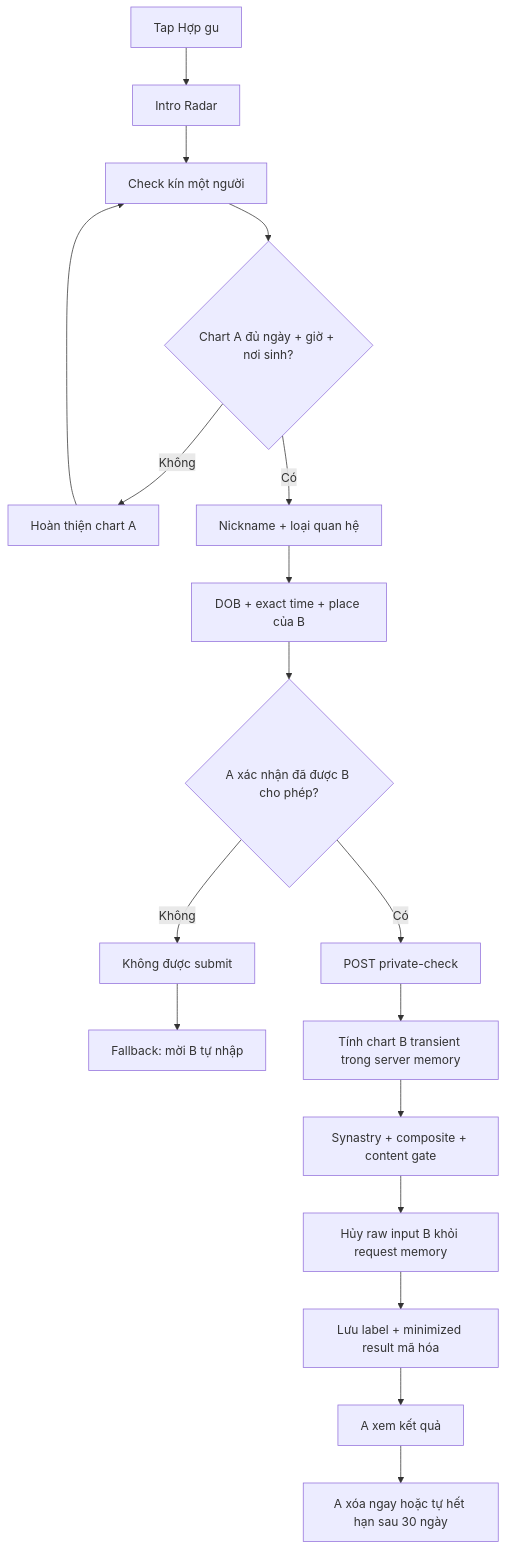
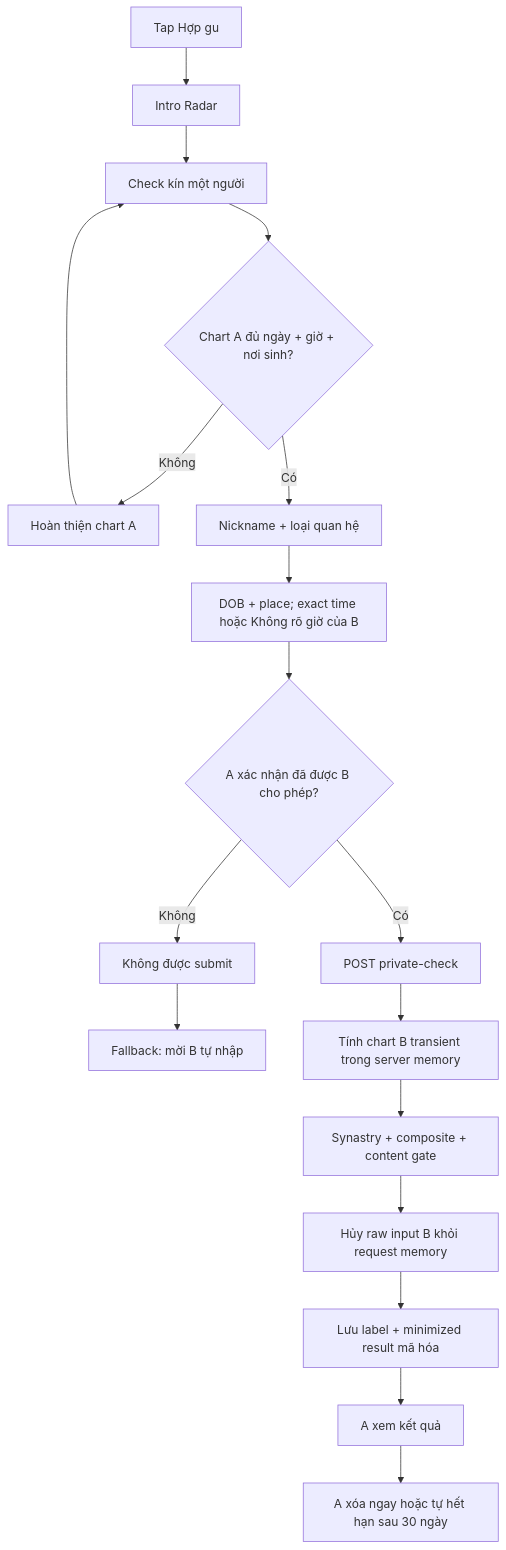
Before and after one commit to honghanh153-creator/la-lanh: the diagram in docs/foundation/la-lanh-radar-hop-gu-spec.md, drawn with Mermaid. The commit also changed other lines of this file and 25 other files, not shown here.

Commit message:
feat: improve birth time and natal reading flow

````diff
--- a/docs/foundation/la-lanh-radar-hop-gu-spec.md
+++ b/docs/foundation/la-lanh-radar-hop-gu-spec.md
@@ -38,19 +38,19 @@
 ```mermaid
 flowchart TD
   A["Tap Hợp gu"] --> B["Intro Radar"]
   B --> C["Check kín một người"]
   C --> D{"Chart A đủ ngày + giờ + nơi sinh?"}
   D -->|Không| E["Hoàn thiện chart A"] --> C
   D -->|Có| F["Nickname + loại quan hệ"]
-  F --> G["DOB + exact time + place của B"]
+  F --> G["DOB + place; exact time hoặc Không rõ giờ của B"]
   G --> H{"A xác nhận đã được B cho phép?"}
   H -->|Không| I["Không được submit"]
   I --> J["Fallback: mời B tự nhập"]
   H -->|Có| K["POST private-check"]
   K --> L["Tính chart B transient trong server memory"]
   L --> M["Synastry + composite + content gate"]
   M --> N["Hủy raw input B khỏi request memory"]
   N --> O["Lưu label + minimized result mã hóa"]
   O --> P["A xem kết quả"]
   P --> Q["A xóa ngay hoặc tự hết hạn sau 30 ngày"]
 ```
````
